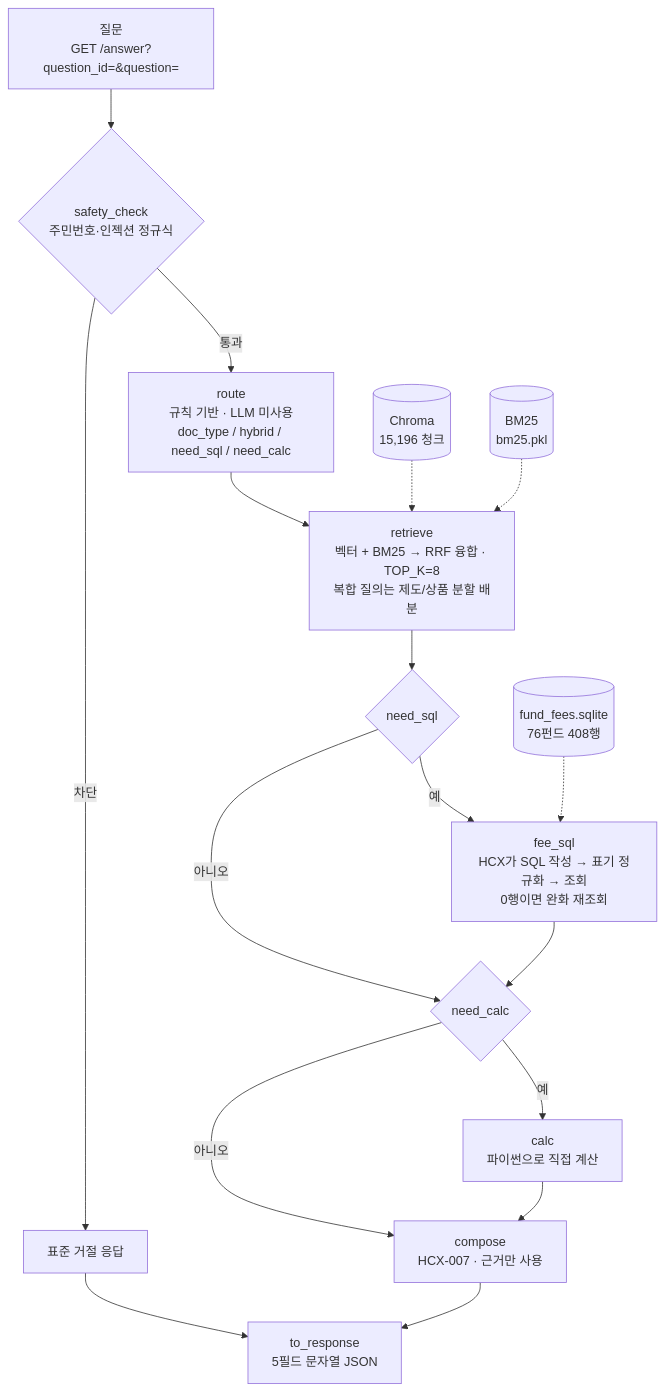
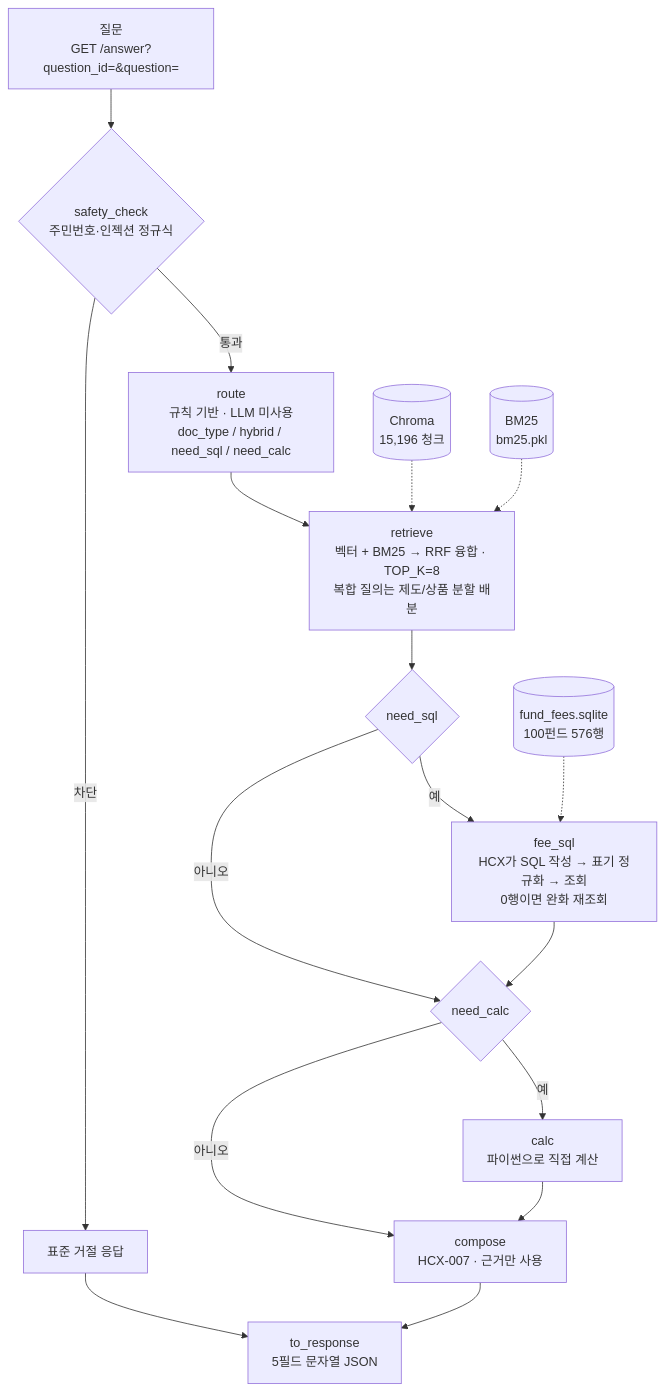
One commit to penguinnote/Mirae_Naver_MultiAgent changed the first of 2 diagrams in README.md. Above: the diagram before and after it, drawn with Mermaid. The commit also changed other lines of this file and 1 other file, not shown here.

````diff
--- a/README.md
+++ b/README.md
@@ -14,36 +14,36 @@
 ```mermaid
 flowchart TD
     Q["질문<br/>GET /answer?question_id=&question="]
     SAFE{"safety_check<br/>주민번호·인젝션 정규식"}
     REFUSE["표준 거절 응답"]
     ROUTE["route<br/>규칙 기반 · LLM 미사용<br/>doc_type / hybrid / need_sql / need_calc"]
     RETR["retrieve<br/>벡터 + BM25 → RRF 융합 · TOP_K=8<br/>복합 질의는 제도/상품 분할 배분"]
     D1{"need_sql"}
     FEE["fee_sql<br/>HCX가 SQL 작성 → 표기 정규화 → 조회<br/>0행이면 완화 재조회"]
     D2{"need_calc"}
     CALC["calc<br/>파이썬으로 직접 계산"]
     COMP["compose<br/>HCX-007 · 근거만 사용"]
     RESP["to_response<br/>5필드 문자열 JSON"]
 
     CHROMA[("Chroma<br/>15,196 청크")]
     BM25[("BM25<br/>bm25.pkl")]
-    FEEDB[("fund_fees.sqlite<br/>76펀드 408행")]
+    FEEDB[("fund_fees.sqlite<br/>100펀드 576행")]
 
     Q --> SAFE
     SAFE -->|"차단"| REFUSE
     REFUSE --> RESP
     SAFE -->|"통과"| ROUTE
     ROUTE --> RETR
     RETR --> D1
     D1 -->|"예"| FEE
     D1 -->|"아니오"| D2
     FEE --> D2
     D2 -->|"예"| CALC
     D2 -->|"아니오"| COMP
     CALC --> COMP
     COMP --> RESP
 
     CHROMA -.-> RETR
     BM25 -.-> RETR
     FEEDB -.-> FEE
 ```
````
